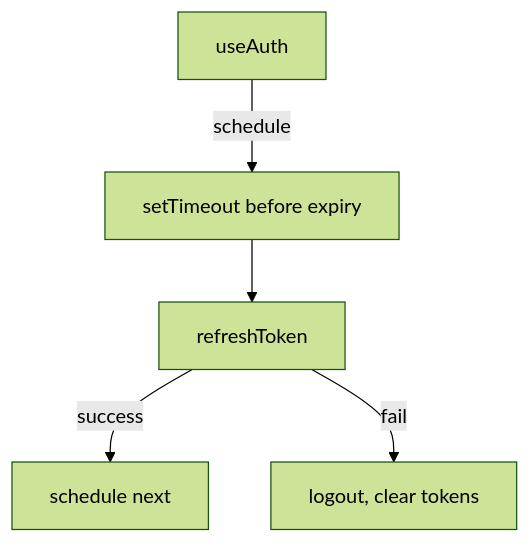
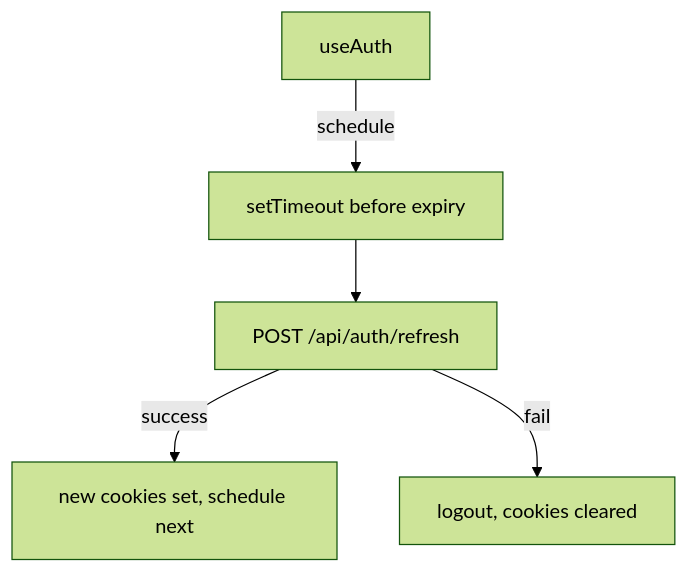
The fifth of 6 diagrams in ARCHITECTURE.md (bokobuva/web-shop-abysalto), drawn with Mermaid (forest theme) before and after one commit. The commit also changed other lines of this file and 25 other files, not shown here.

Commit message:
reworked token security to use httpOnly cookies instead of sessionStorage for best practices, displaying card icon on product card when product is added to cart

````diff
--- a/ARCHITECTURE.md
+++ b/ARCHITECTURE.md
@@ -110,7 +114,7 @@
 ```mermaid
 flowchart TD
     A[useAuth] -->|schedule| B[setTimeout before expiry]
-    B --> C[refreshToken]
-    C -->|success| D[schedule next]
-    C -->|fail| E[logout, clear tokens]
+    B --> C[POST /api/auth/refresh]
+    C -->|success| D[new cookies set, schedule next]
+    C -->|fail| E[logout, cookies cleared]
 ```
````
